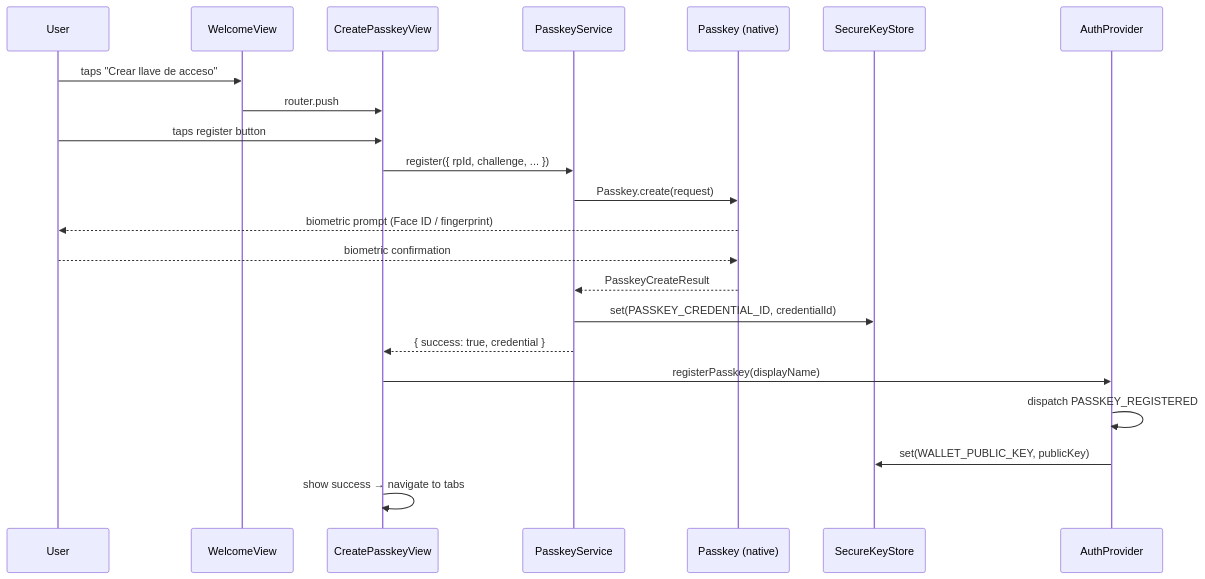
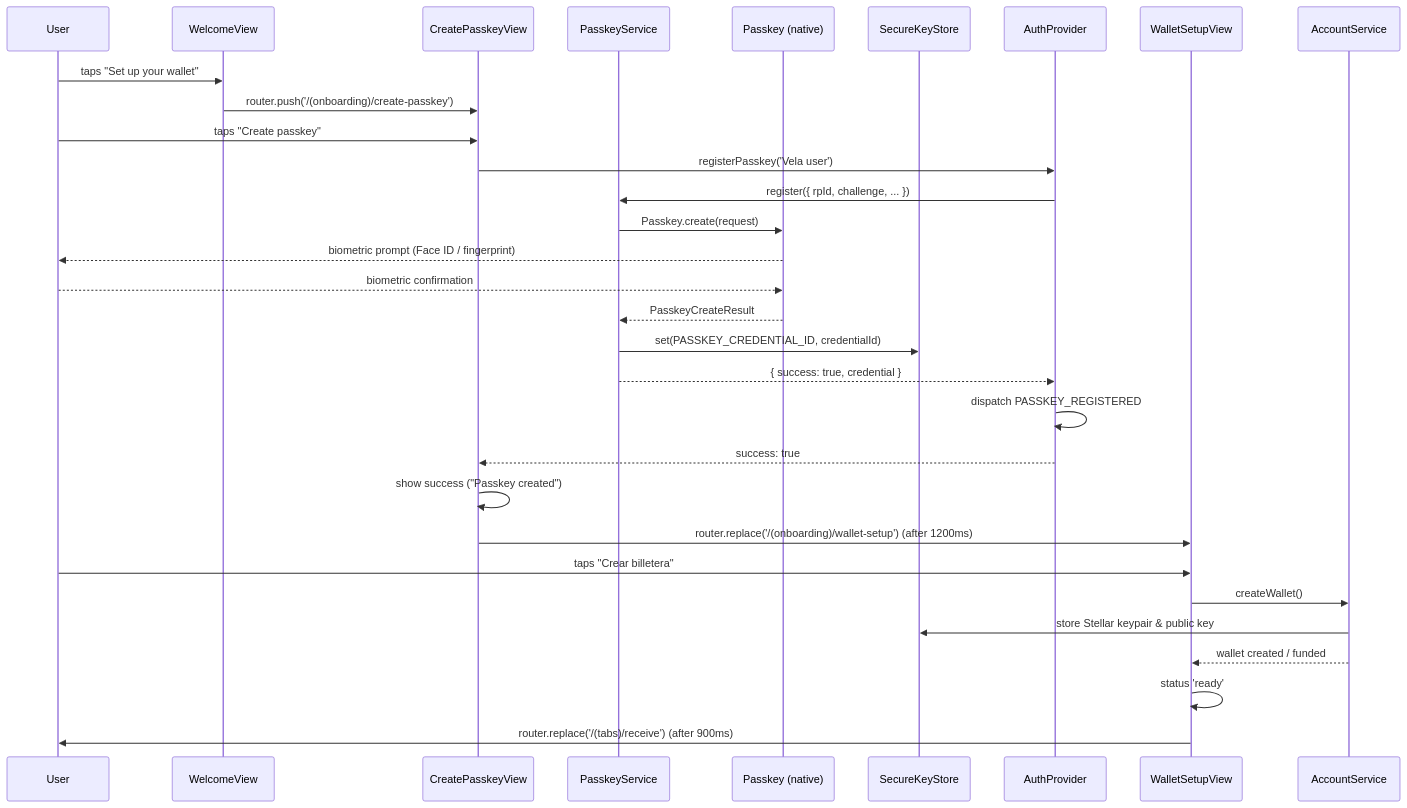
The second of 3 diagrams in docs/auth-flow.md (Nudge-Pay/nudge-app), drawn with Mermaid before and after one commit.

Commit message:
docs(auth): align registration sequence diagram with onboarding views and wallet setup (fixes #76) (#131)

````diff
--- a/docs/auth-flow.md
+++ b/docs/auth-flow.md
@@ -83,26 +83,36 @@
 ```mermaid
 sequenceDiagram
     participant User
     participant WelcomeView
     participant CreatePasskeyView
     participant PasskeyService
     participant Passkey (native)
     participant SecureKeyStore
     participant AuthProvider
+    participant WalletSetupView
+    participant AccountService
 
-    User->>WelcomeView: taps "Crear llave de acceso"
-    WelcomeView->>CreatePasskeyView: router.push
+    User->>WelcomeView: taps "Set up your wallet"
+    WelcomeView->>CreatePasskeyView: router.push('/(onboarding)/create-passkey')
 
-    User->>CreatePasskeyView: taps register button
-    CreatePasskeyView->>PasskeyService: register({ rpId, challenge, ... })
+    User->>CreatePasskeyView: taps "Create passkey"
+    CreatePasskeyView->>AuthProvider: registerPasskey('Vela user')
+    AuthProvider->>PasskeyService: register({ rpId, challenge, ... })
     PasskeyService->>Passkey (native): Passkey.create(request)
     Passkey (native)-->>User: biometric prompt (Face ID / fingerprint)
     User-->>Passkey (native): biometric confirmation
     Passkey (native)-->>PasskeyService: PasskeyCreateResult
     PasskeyService->>SecureKeyStore: set(PASSKEY_CREDENTIAL_ID, credentialId)
-    PasskeyService-->>CreatePasskeyView: { success: true, credential }
-    CreatePasskeyView->>AuthProvider: registerPasskey(displayName)
+    PasskeyService-->>AuthProvider: { success: true, credential }
     AuthProvider->>AuthProvider: dispatch PASSKEY_REGISTERED
-    AuthProvider->>SecureKeyStore: set(WALLET_PUBLIC_KEY, publicKey)
-    CreatePasskeyView->>CreatePasskeyView: show success → navigate to tabs
+    AuthProvider-->>CreatePasskeyView: success: true
+    CreatePasskeyView->>CreatePasskeyView: show success ("Passkey created")
+    CreatePasskeyView->>WalletSetupView: router.replace('/(onboarding)/wallet-setup') (after 1200ms)
+
+    User->>WalletSetupView: taps "Crear billetera"
+    WalletSetupView->>AccountService: createWallet()
+    AccountService->>SecureKeyStore: store Stellar keypair & public key
+    AccountService-->>WalletSetupView: wallet created / funded
+    WalletSetupView->>WalletSetupView: status 'ready'
+    WalletSetupView->>User: router.replace('/(tabs)/receive') (after 900ms)
 ```
````
